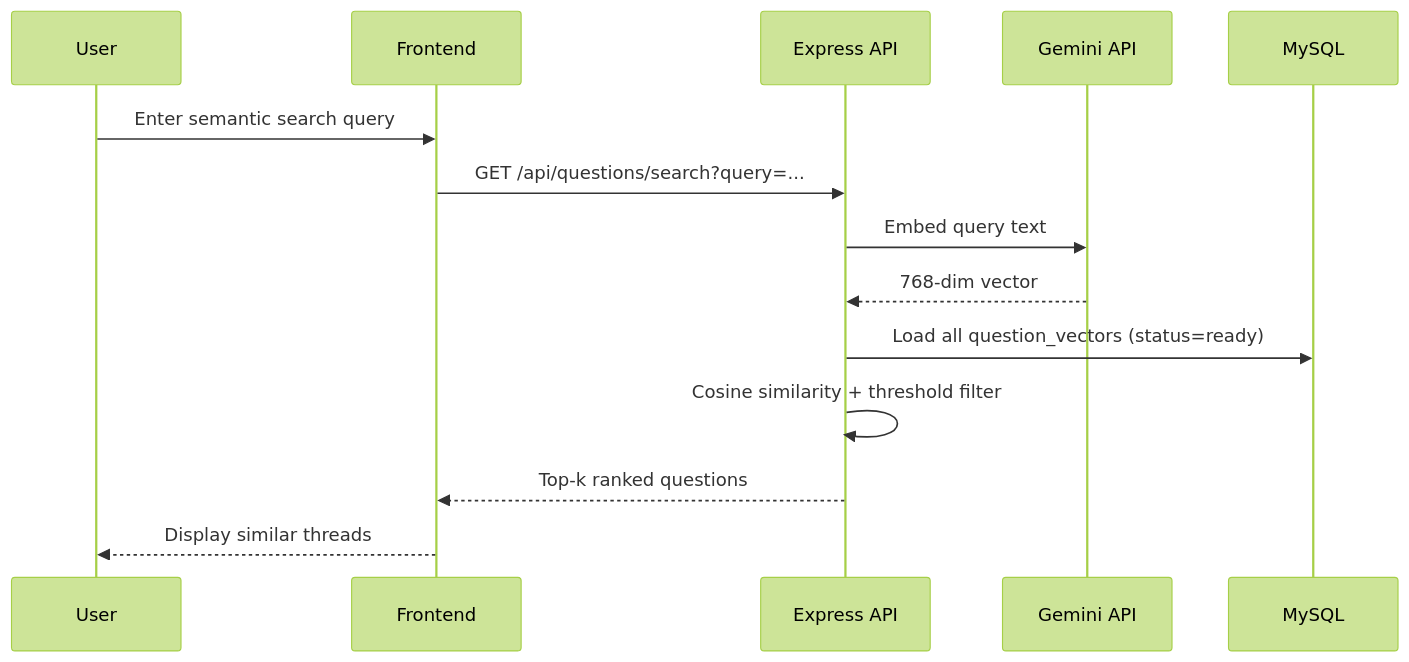
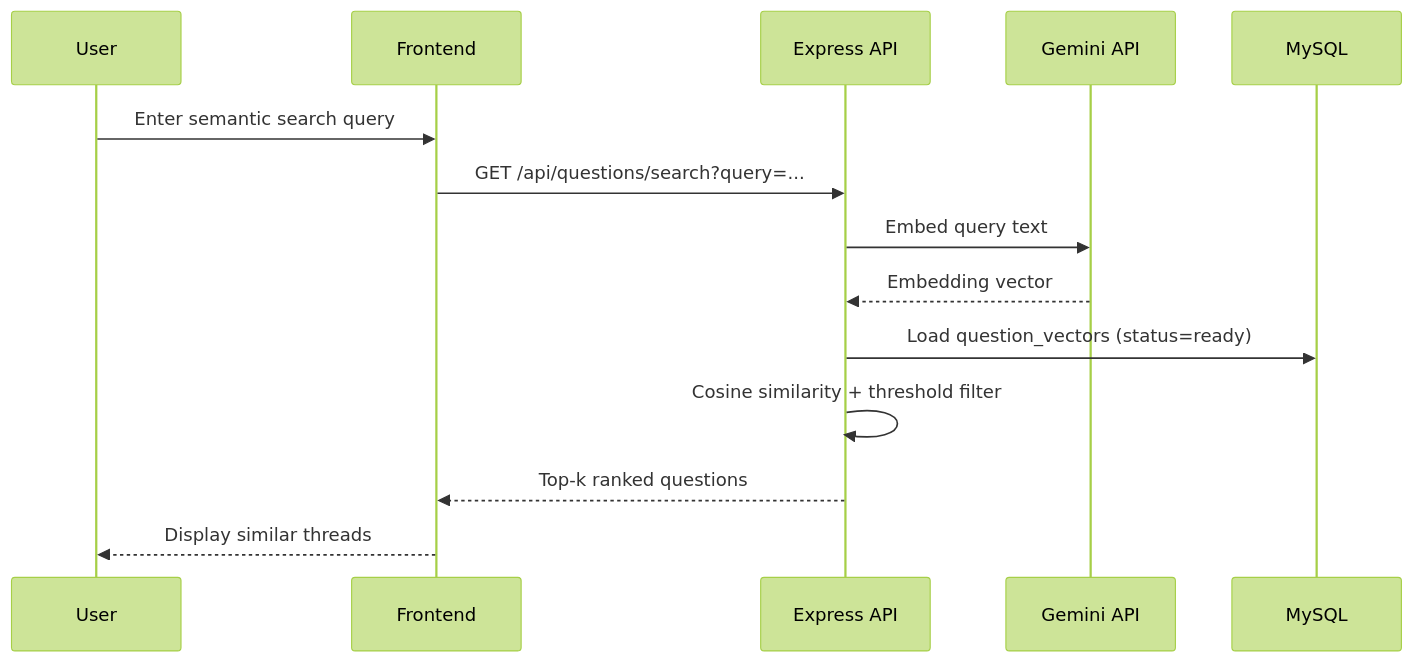
The second of 4 diagrams in README.md (samuel9974/AI_Powered_Forum), drawn with Mermaid (forest theme) before and after one commit. The commit also changed other lines of this file, not shown here.

````diff
--- a/README.md
+++ b/README.md
@@ -122,17 +132,17 @@
 ```mermaid
 sequenceDiagram
     participant U as User
     participant FE as Frontend
     participant BE as Express API
     participant G as Gemini API
     participant DB as MySQL
 
     U->>FE: Enter semantic search query
     FE->>BE: GET /api/questions/search?query=...
     BE->>G: Embed query text
-    G-->>BE: 768-dim vector
-    BE->>DB: Load all question_vectors (status=ready)
+    G-->>BE: Embedding vector
+    BE->>DB: Load question_vectors (status=ready)
     BE->>BE: Cosine similarity + threshold filter
     BE-->>FE: Top-k ranked questions
     FE-->>U: Display similar threads
 ```
````
